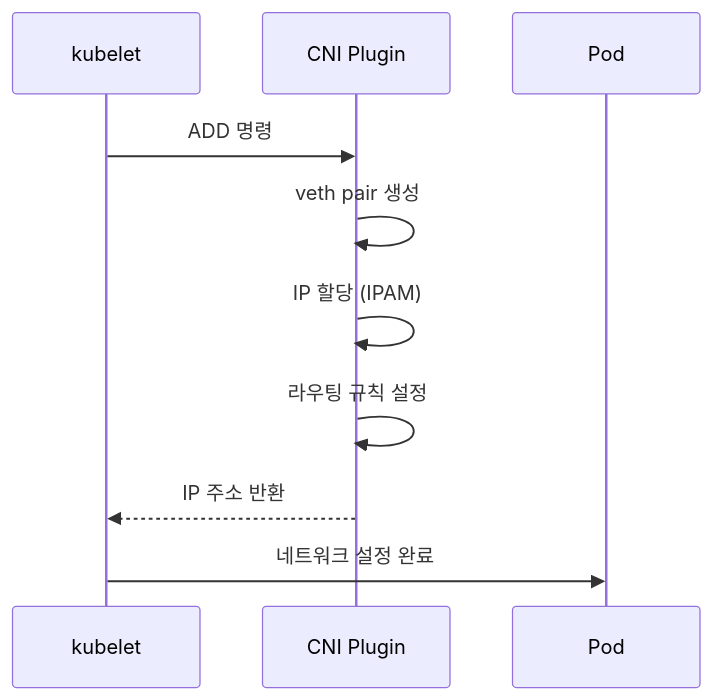
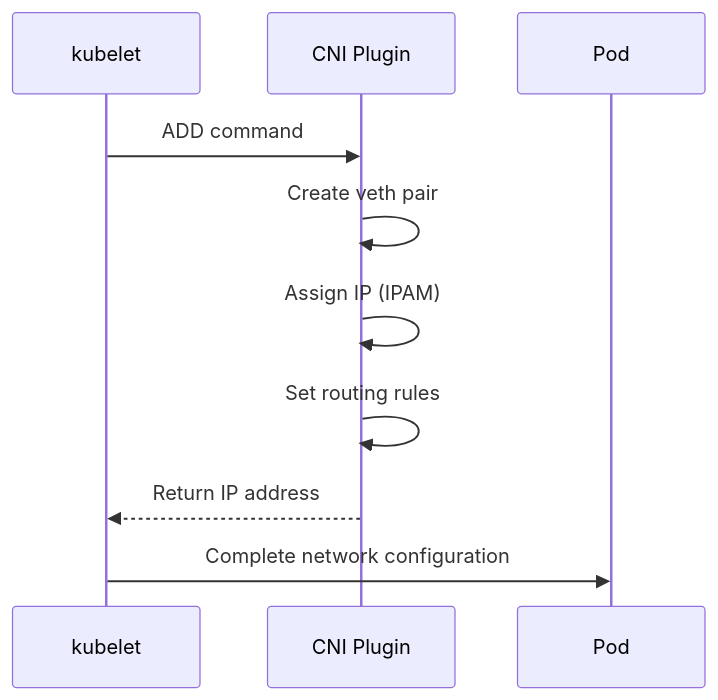
The fifth of 9 diagrams in i18n/en/docusaurus-plugin-content-blog/blog/2026-01-05/the-weight-of-kubernetes-installation.md (doxxx93/doxxx.dev), drawn with Mermaid before and after one commit. The commit also changed other lines of this file and 6 other files, not shown here.

````diff
--- a/i18n/en/docusaurus-plugin-content-blog/blog/2026-01-05/the-weight-of-kubernetes-installation.md
+++ b/i18n/en/docusaurus-plugin-content-blog/blog/2026-01-05/the-weight-of-kubernetes-installation.md
@@ -168,13 +168,13 @@
 ```mermaid
 sequenceDiagram
     participant kubelet
     participant CNI as CNI Plugin
     participant Pod
 
-    kubelet->>CNI: ADD 명령
-    CNI->>CNI: veth pair 생성
-    CNI->>CNI: IP 할당 (IPAM)
-    CNI->>CNI: 라우팅 규칙 설정
-    CNI-->>kubelet: IP 주소 반환
-    kubelet->>Pod: 네트워크 설정 완료
+    kubelet->>CNI: ADD command
+    CNI->>CNI: Create veth pair
+    CNI->>CNI: Assign IP (IPAM)
+    CNI->>CNI: Set routing rules
+    CNI-->>kubelet: Return IP address
+    kubelet->>Pod: Complete network configuration
 ```
````
